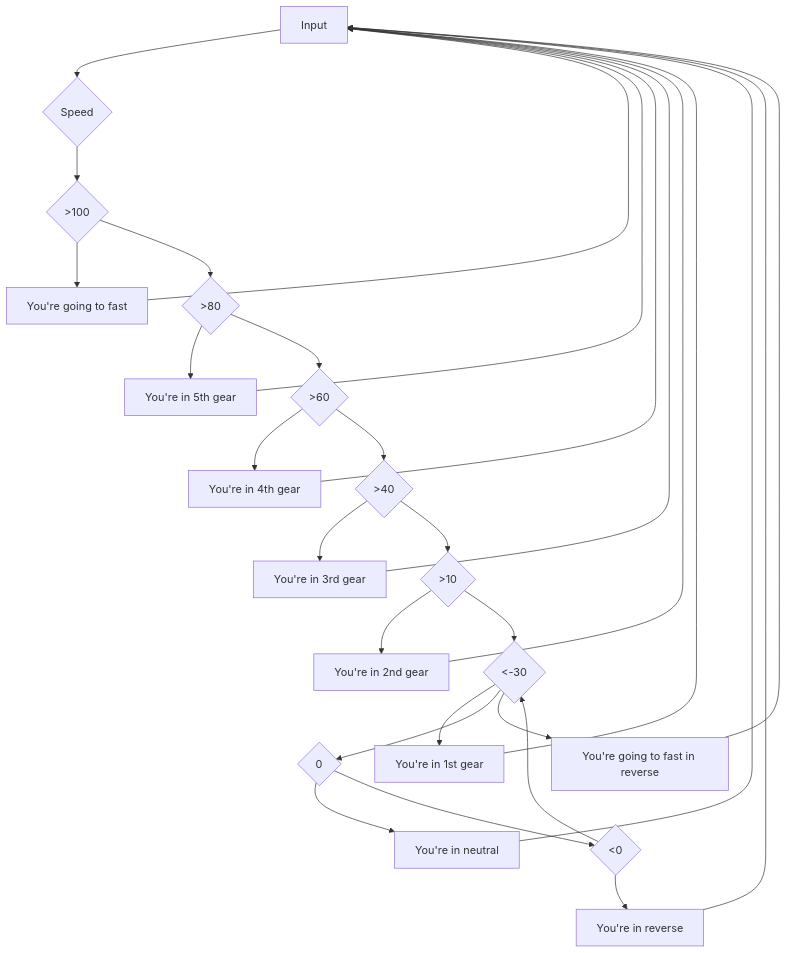
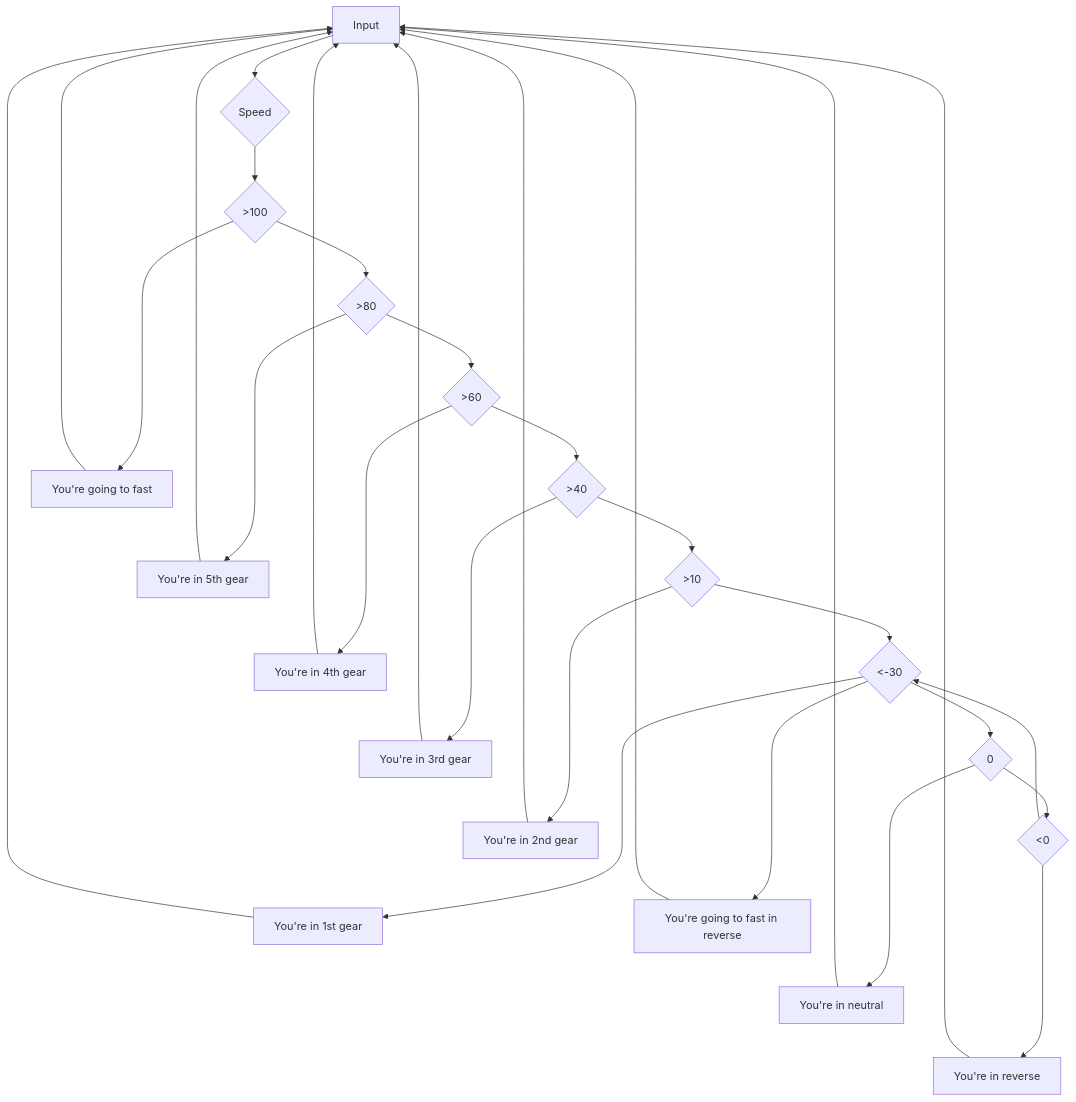
The diagram in Gearbox/README.md (RockFreakRickerd/SameCodeDifferentLanguagues), drawn with Mermaid before and after one commit.

````diff
--- a/Gearbox/README.md
+++ b/Gearbox/README.md
@@ -9,13 +9,14 @@
 ```mermaid
 flowchart TD
     A[Input] --> B{Speed};
-    B --> C{>100} --> K[You're going to fast] ----> A[Input];
-    C --> D{>80} --> L[You're in 5th gear] ---> A[Input];
-    D --> E{>60} --> M[You're in 4th gear] ----> A[Input];
-    E --> F{>40} --> N[You're in 3rd gear] ----> A[Input];
-    F --> G{>10} --> O[You're in 2nd gear] ----> A[Input];
-    G --> H{>0}  --> P[You're in 1st gear] ----> A[Input];
-    H --> I{0}   --> Q[You're in neutral] ----> A[Input];
-    I --> J{<0}  --> R[You're in reverse] ----> A[Input];
-    J --> H{<-30} --> S[You're going to fast in reverse] ----> A[Input];
+    B --> C{>100} --> D{>80} --> E{>60} --> F{>40} --> G{>10} --> H{>0} --> I{0} --> J{<0} --> H{<-30}
+    C ----> K[You're going to fast] ----> A[Input];
+    D ----> L[You're in 5th gear] ---> A[Input];
+    E ----> M[You're in 4th gear] ----> A[Input];
+    F ----> N[You're in 3rd gear] ----> A[Input];
+    G ----> O[You're in 2nd gear] ----> A[Input];
+    H ----> P[You're in 1st gear] ----> A[Input];
+    I ----> Q[You're in neutral] ----> A[Input];
+    J ----> R[You're in reverse] ----> A[Input];
+    H ----> S[You're going to fast in reverse] ----> A[Input];
 ```
````
